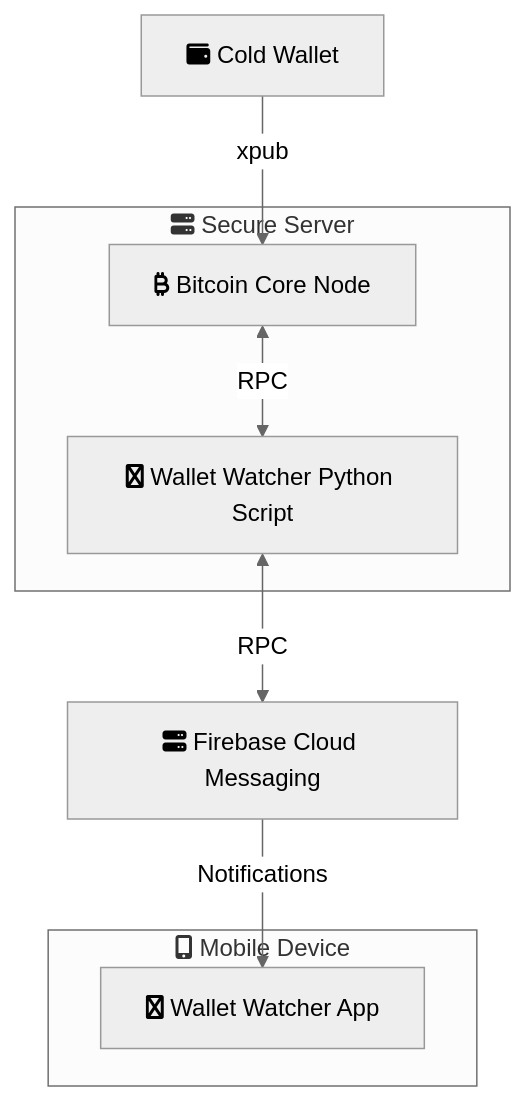
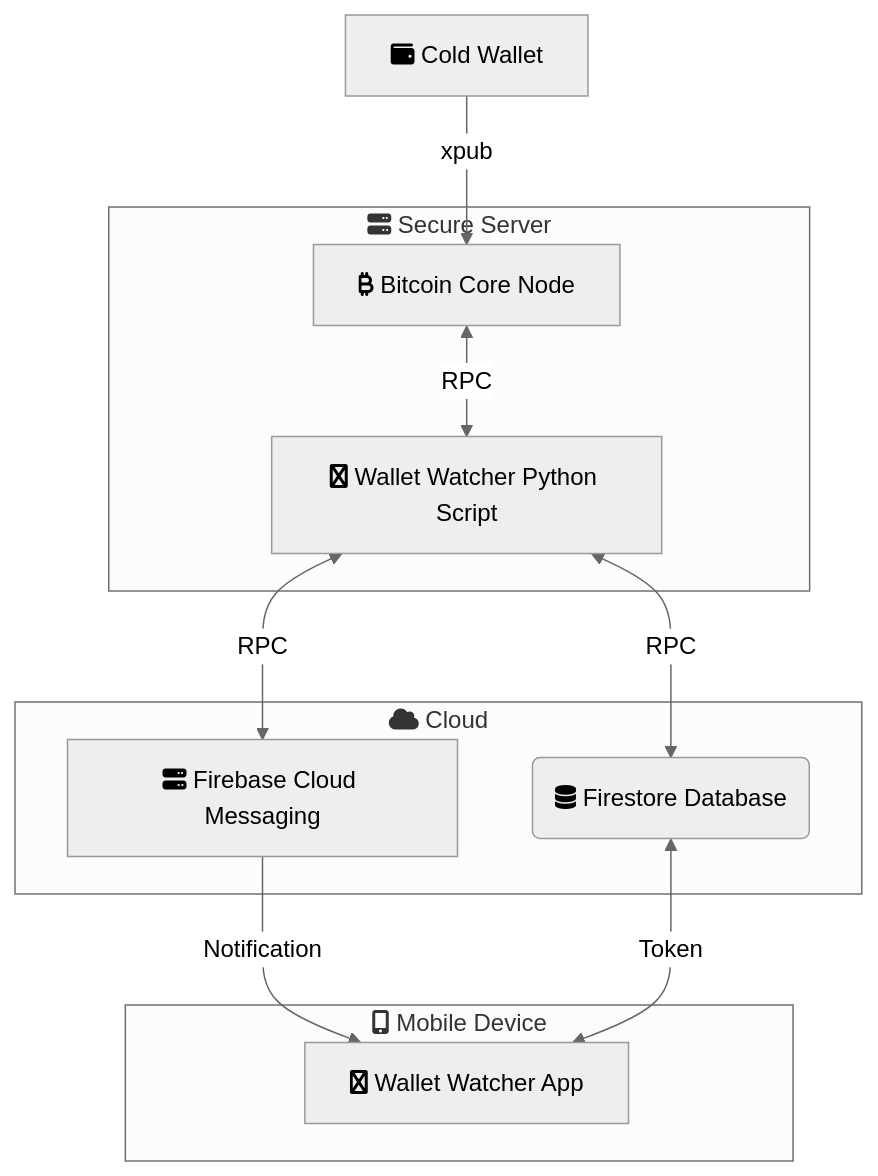
The diagram in README.md (aido/WalletWatcher), drawn with Mermaid (neutral theme) before and after one commit. The commit also changed 11 other files, not shown here.

````diff
--- a/README.md
+++ b/README.md
@@ -51,12 +51,20 @@
 ```mermaid
 graph TB
     1["fa:fa-wallet Cold Wallet"] -->|xpub| 2.1;
     subgraph 2["fa:fa-server Secure Server"]
-       2.1["fa:fa-bitcoin-sign Bitcoin Core Node"] <-->|RPC| 2.2["fa:fa-python Wallet Watcher Python Script"];
+        2.1["fa:fa-bitcoin-sign Bitcoin Core Node"]
+        2.2["fa:fa-python Wallet Watcher Python Script"];
     end
-    2.2 <-->|RPC| 3["fa:fa-server Firebase Cloud Messaging"];
-    3 -->|Notifications| 4.1
+    subgraph 3["fa:fa-cloud Cloud"]
+        3.1["fa:fa-server Firebase Cloud Messaging"];
+        3.2(fa:fa-database Firestore Database):::database
+    end
     subgraph 4["fa:fa-mobile-screen-button Mobile Device"]
-       4.1["fa:fa-android Wallet Watcher App"];
+        4.1["fa:fa-android Wallet Watcher App"];
     end
+    2.1 <-->|RPC| 2.2
+    2.2 <-->|RPC| 3.1;
+    2.2 <-->|RPC| 3.2;
+    3.1 -->|Notification| 4.1;
+    3.2 <-->|Token| 4.1;
 ```
````
